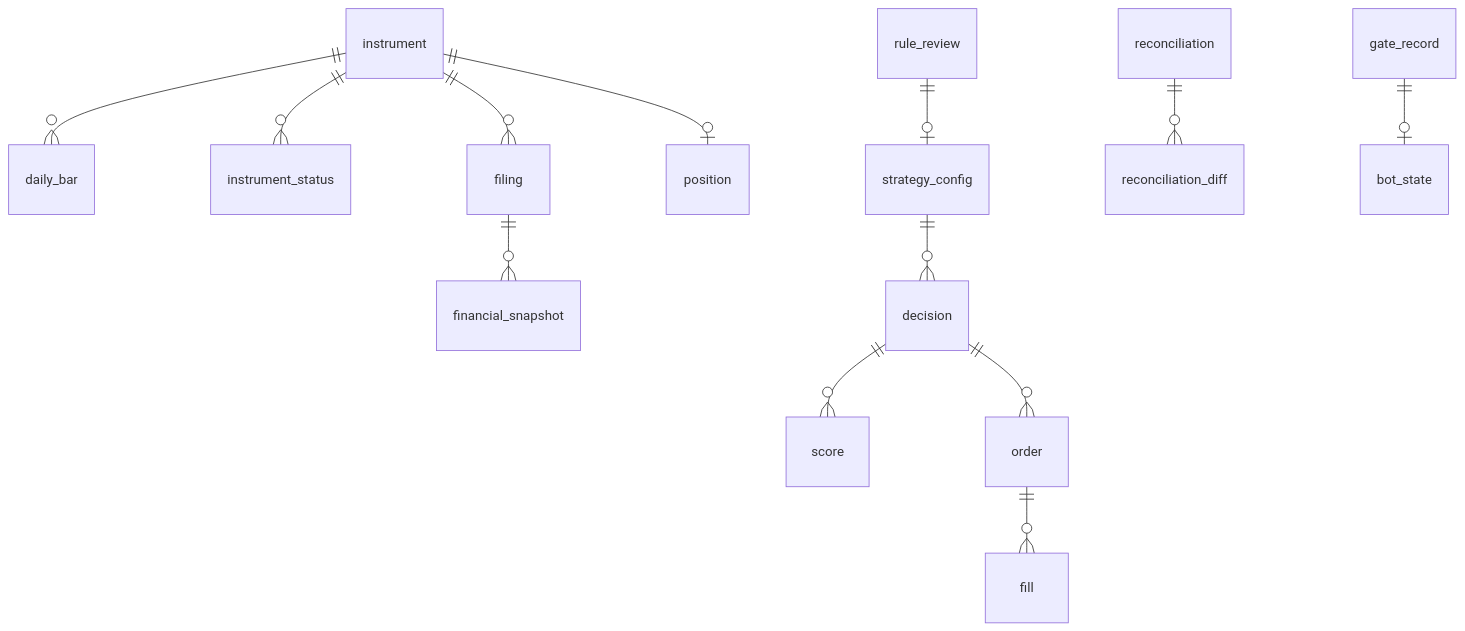
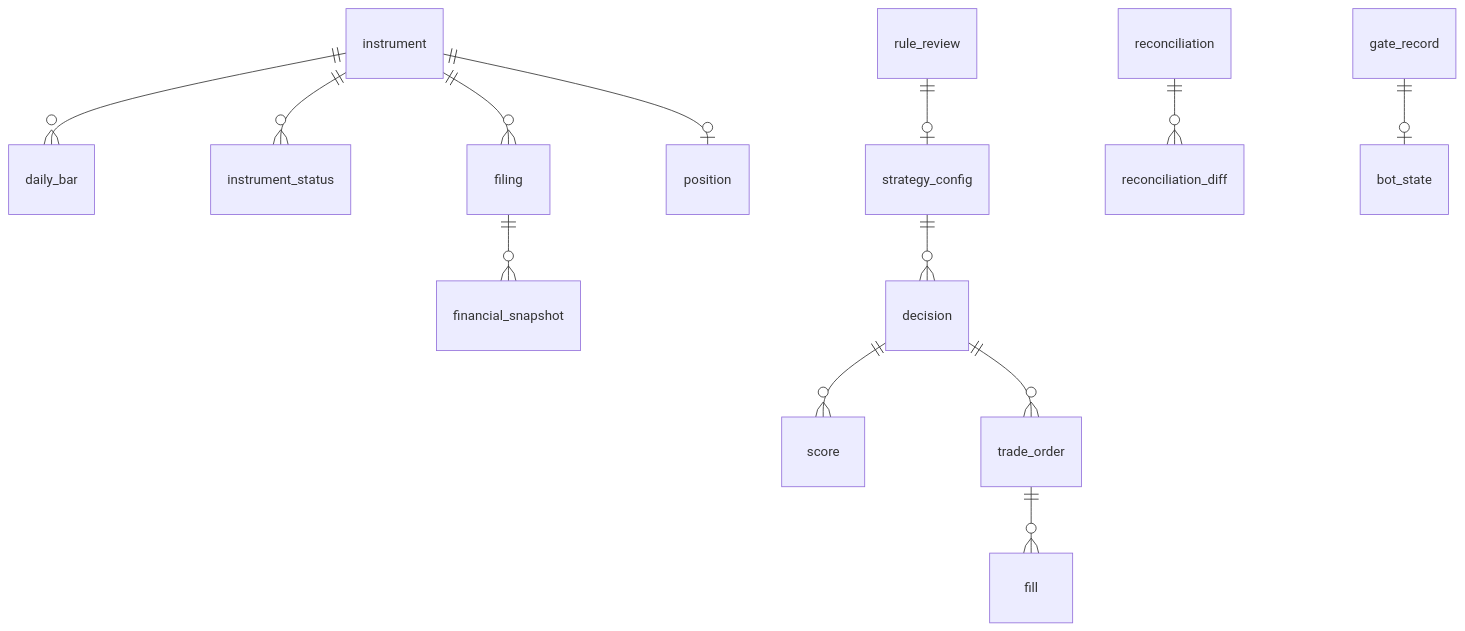
One commit to HoyoungParkme/quant-rebalance-bot changed the diagram in docs/specs/06-DOM/QBOT-DOM-003.md. Above: the diagram before and after it, drawn with Mermaid. The commit also changed other lines of this file, not shown here.

````diff
--- a/docs/specs/06-DOM/QBOT-DOM-003.md
+++ b/docs/specs/06-DOM/QBOT-DOM-003.md
@@ -23,15 +23,15 @@
 ```mermaid
 erDiagram
   instrument ||--o{ daily_bar : ""
   instrument ||--o{ instrument_status : ""
   instrument ||--o{ filing : ""
   filing ||--o{ financial_snapshot : ""
   strategy_config ||--o{ decision : ""
   decision ||--o{ score : ""
-  decision ||--o{ "order" : ""
-  "order" ||--o{ fill : ""
+  decision ||--o{ trade_order : ""
+  trade_order ||--o{ fill : ""
   instrument ||--o| position : ""
   reconciliation ||--o{ reconciliation_diff : ""
   gate_record ||--o| bot_state : ""
   rule_review ||--o| strategy_config : ""
 ```
````
